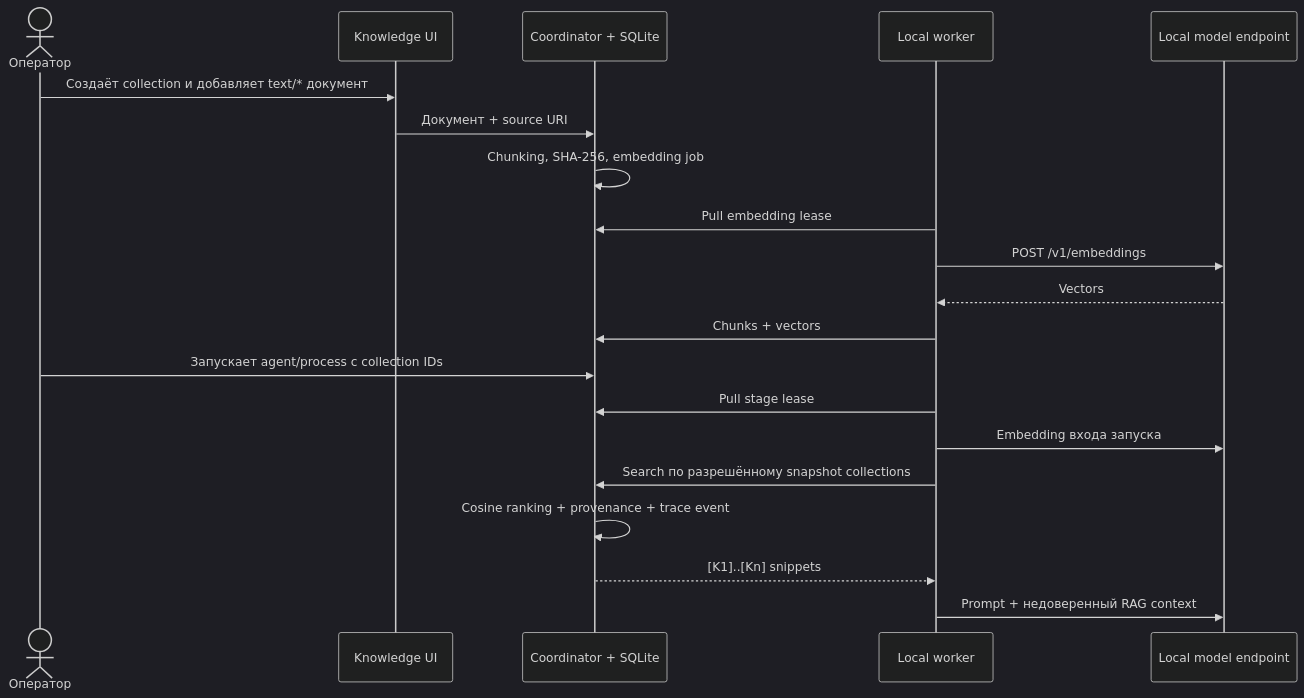
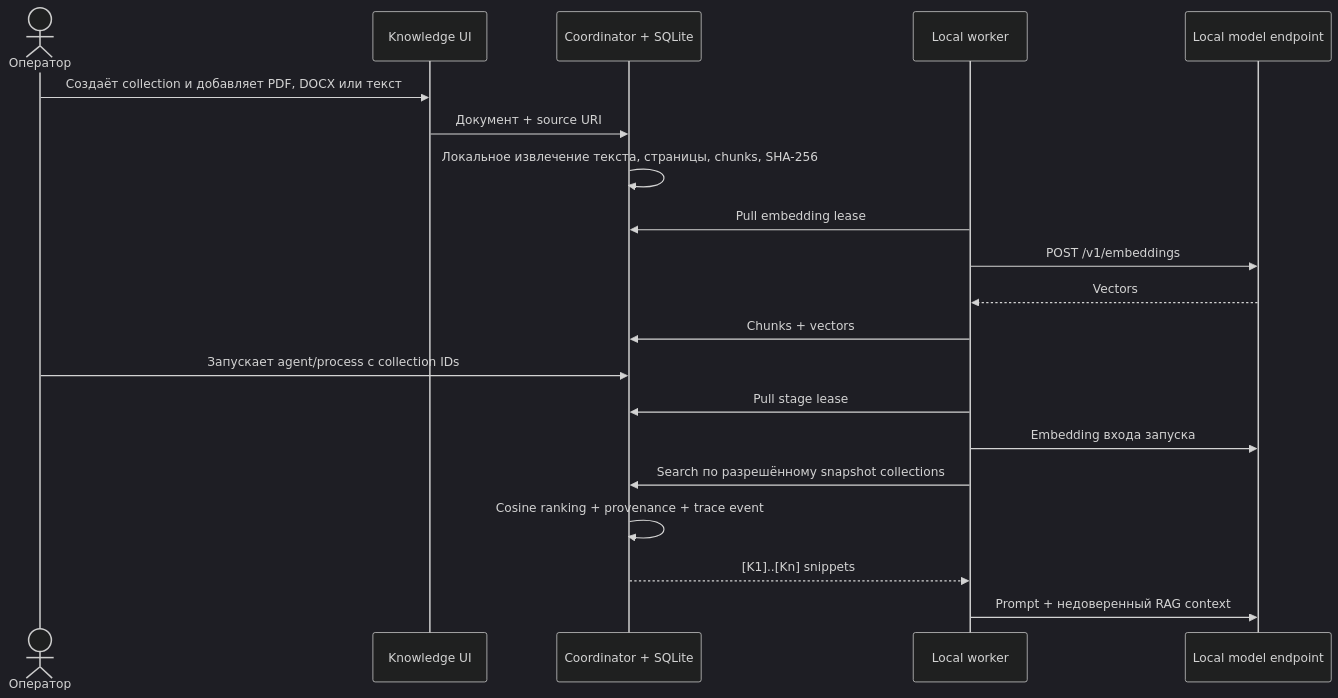
The diagram in docs/local-rag-and-memory.md (Solutions-of-Security/Agat), drawn with Mermaid (dark theme) before and after one commit. The commit also changed other lines of this file and 77 other files, not shown here.

````diff
--- a/docs/local-rag-and-memory.md
+++ b/docs/local-rag-and-memory.md
@@ -7,22 +7,22 @@
 ```mermaid
 sequenceDiagram
     actor Operator as Оператор
     participant UI as Knowledge UI
     participant C as Coordinator + SQLite
     participant W as Local worker
     participant M as Local model endpoint
-    Operator->>UI: Создаёт collection и добавляет text/* документ
+    Operator->>UI: Создаёт collection и добавляет PDF, DOCX или текст
     UI->>C: Документ + source URI
-    C->>C: Chunking, SHA-256, embedding job
+    C->>C: Локальное извлечение текста, страницы, chunks, SHA-256
     W->>C: Pull embedding lease
     W->>M: POST /v1/embeddings
     M-->>W: Vectors
     W->>C: Chunks + vectors
     Operator->>C: Запускает agent/process с collection IDs
     W->>C: Pull stage lease
     W->>M: Embedding входа запуска
     W->>C: Search по разрешённому snapshot collections
     C->>C: Cosine ranking + provenance + trace event
     C-->>W: [K1]..[Kn] snippets
     W->>M: Prompt + недоверенный RAG context
 ```
````
